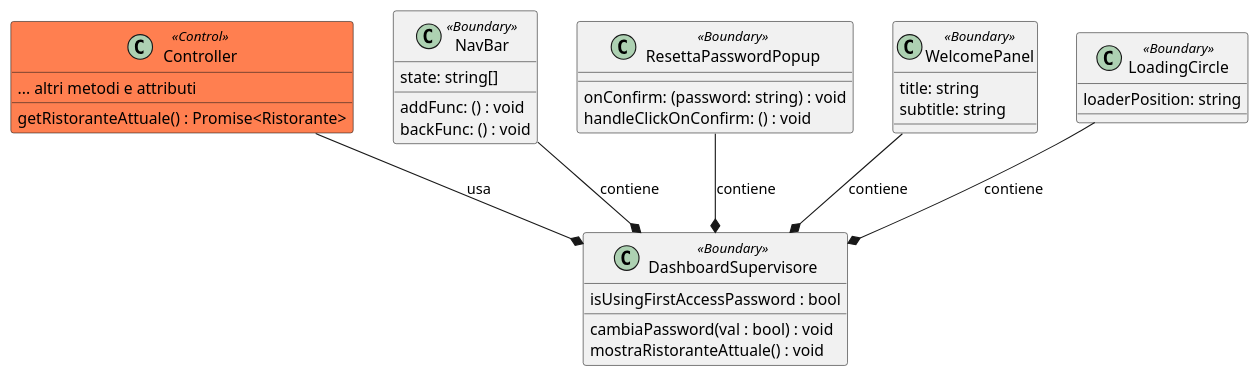
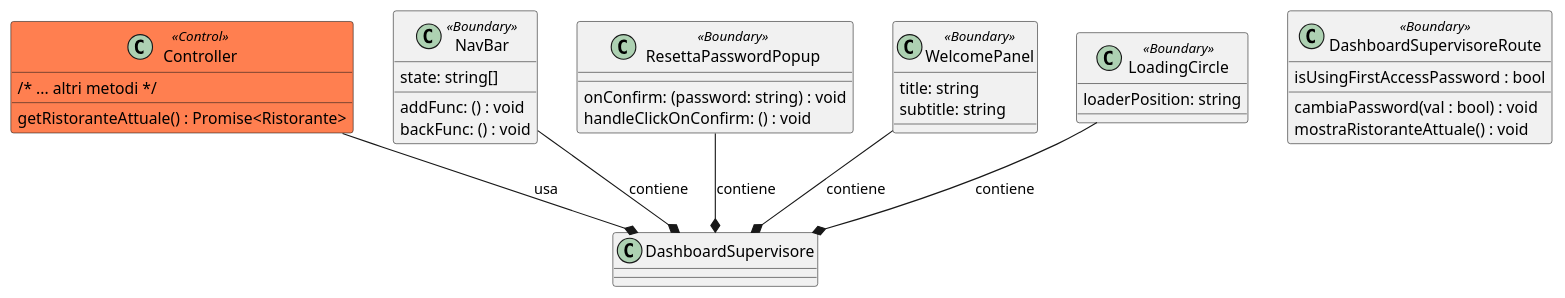
Before and after one commit to macro21KGB/Esame-INGSW-22-23: the diagram in diagrams/PUML/routes/DashboardSupervisore.puml, drawn with PlantUML. The commit also changed 9 other files, not shown here.

```diff
--- a/diagrams/PUML/routes/DashboardSupervisore.puml
+++ b/diagrams/PUML/routes/DashboardSupervisore.puml
@@ -1,51 +1,51 @@
 @startuml
 
 
 class Controller <<Control>> #coral{
-... altri metodi e attributi
+/* ... altri metodi */
 getRistoranteAttuale() : Promise<Ristorante>
 }
 
-class DashboardSupervisore <<Boundary>> {
+class DashboardSupervisoreRoute <<Boundary>> {
 isUsingFirstAccessPassword : bool
 cambiaPassword(val : bool) : void
 mostraRistoranteAttuale() : void
 }
 
 
 class NavBar <<Boundary>> {
 
 	addFunc: () : void
 	backFunc: () : void
 	state: string[]
 }
 
 class ResettaPasswordPopup <<Boundary>> {
 
     onConfirm: (password: string) : void
     handleClickOnConfirm: () : void
 
 }
 
 
 class WelcomePanel <<Boundary>> {
 
     title: string
     subtitle: string
 
 }
 
 class LoadingCircle <<Boundary>> {
 
 	loaderPosition: string
 
 }
 
 
 
 WelcomePanel--* DashboardSupervisore : contiene
 NavBar --* DashboardSupervisore : contiene
 LoadingCircle --* DashboardSupervisore : contiene
 ResettaPasswordPopup --* DashboardSupervisore : contiene
 Controller --* DashboardSupervisore : usa
 @enduml
```
